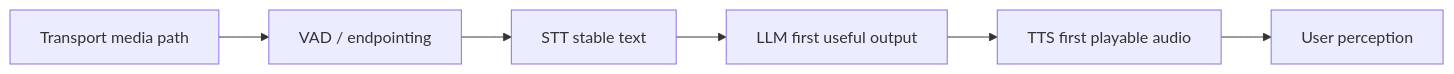
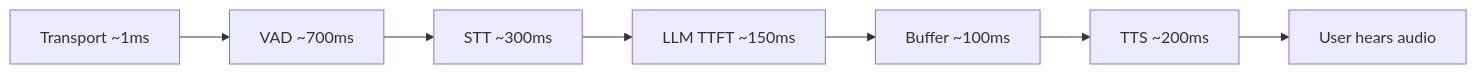
One commit to emilwareus/addcommitpush.io changed the third of 3 diagrams in presentations/voice-agents/research/insights/INSIGHT_05_transport_is_media_correctness.md. Above: the diagram before and after it, drawn with Mermaid. The commit also changed other lines of this file and 20 other files, not shown here.

````diff
--- a/presentations/voice-agents/research/insights/INSIGHT_05_transport_is_media_correctness.md
+++ b/presentations/voice-agents/research/insights/INSIGHT_05_transport_is_media_correctness.md
@@ -123,8 +354,9 @@
 ```mermaid
 flowchart LR
-  T[Transport media path] --> V[VAD / endpointing]
-  V --> S[STT stable text]
-  S --> L[LLM first useful output]
-  L --> P[TTS first playable audio]
-  P --> U[User perception]
+  T[Transport ~1ms] --> V[VAD ~700ms]
+  V --> S[STT ~300ms]
+  S --> L[LLM TTFT ~150ms]
+  L --> B[Buffer ~100ms]
+  B --> P[TTS ~200ms]
+  P --> U[User hears audio]
 ```
````
